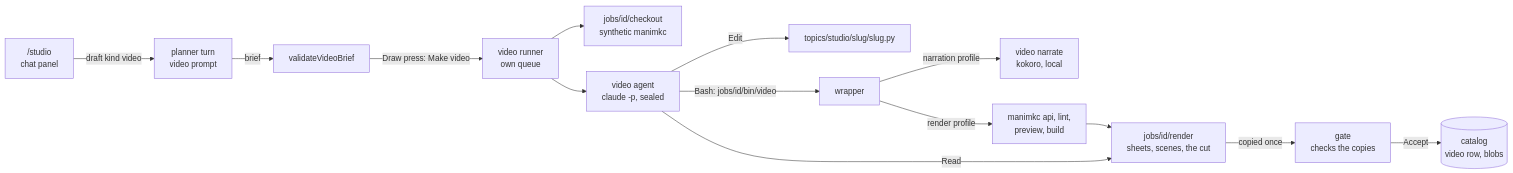
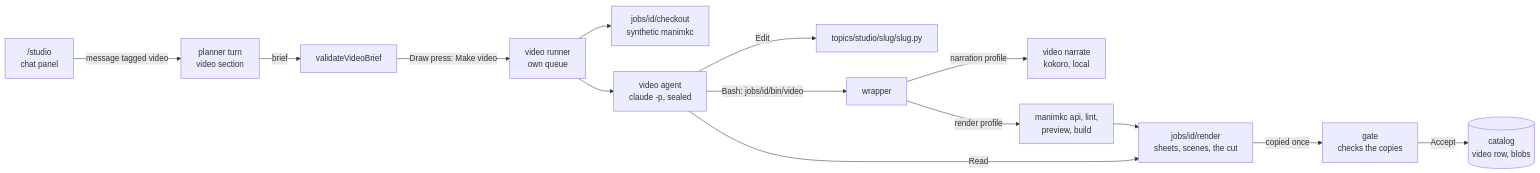
One commit to c-wenlong/gnosia-learn changed the diagram in docs/STUDIO-VIDEOS.md. Above: the diagram before and after it, drawn with Mermaid. The commit also changed other lines of this file and 3 other files, not shown here.

First line of the commit message:
Design: choosing what the studio's chat makes with @ tags

````diff
--- a/docs/STUDIO-VIDEOS.md
+++ b/docs/STUDIO-VIDEOS.md
@@ -112,16 +121,16 @@
 ```mermaid
 flowchart LR
-    UI["/studio<br/>chat panel"] -- "draft kind video" --> PL["planner turn<br/>video prompt"]
+    UI["/studio<br/>chat panel"] -- "message tagged video" --> PL["planner turn<br/>video section"]
     PL -- "brief" --> V["validateVideoBrief"]
     V -- "Draw press: Make video" --> Q["video runner<br/>own queue"]
     Q --> FARM["jobs/id/checkout<br/>synthetic manimkc"]
     Q --> AG["video agent<br/>claude -p, sealed"]
     AG -- "Edit" --> SRC["topics/studio/slug/slug.py"]
     AG -- "Bash: jobs/id/bin/video" --> W["wrapper"]
     W -- "narration profile" --> TTS["video narrate<br/>kokoro, local"]
     W -- "render profile" --> SB["manimkc api, lint,<br/>preview, build"]
     SB --> R["jobs/id/render<br/>sheets, scenes, the cut"]
     AG -- "Read" --> R
     R -- "copied once" --> G["gate<br/>checks the copies"]
     G -- "Accept" --> CAT[("catalog<br/>video row, blobs")]
 ```
````
